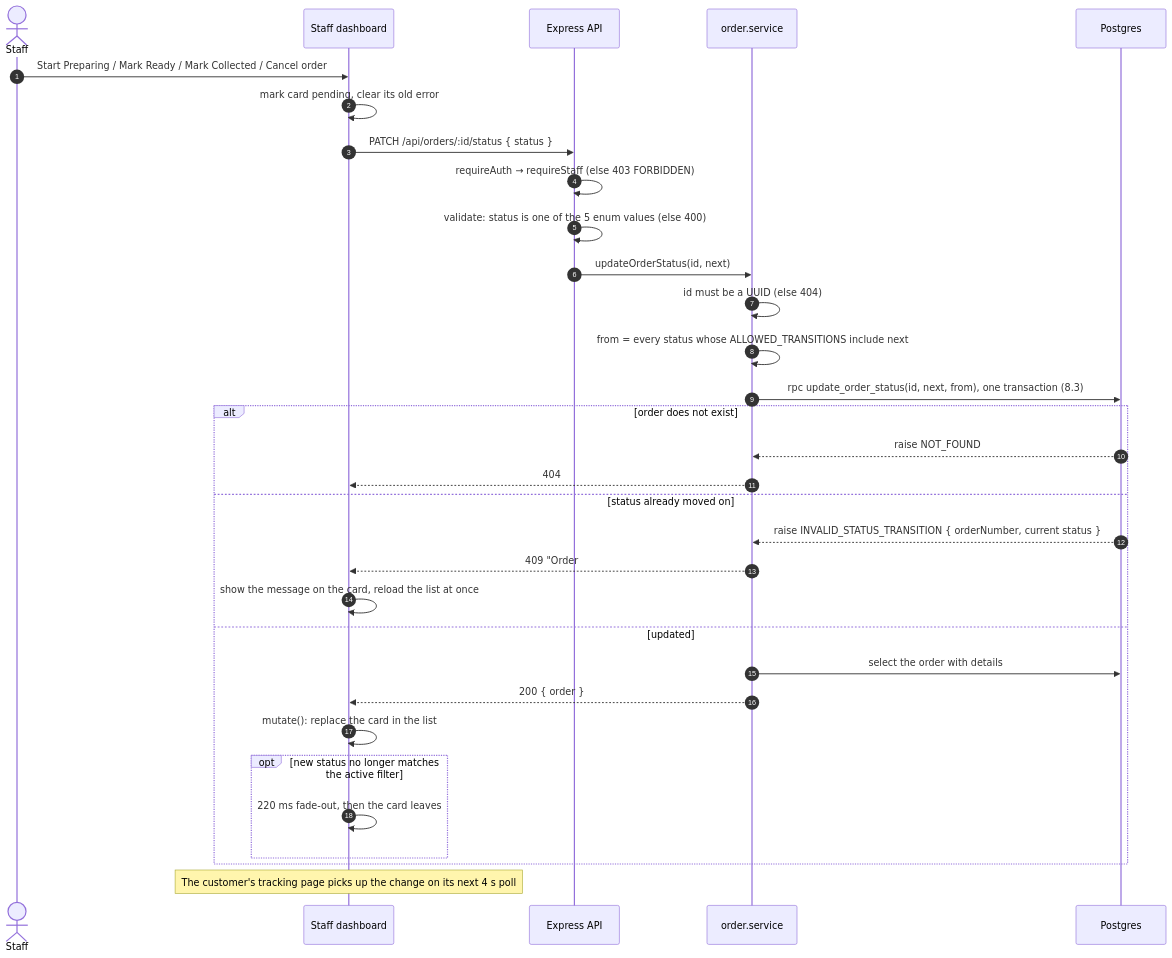
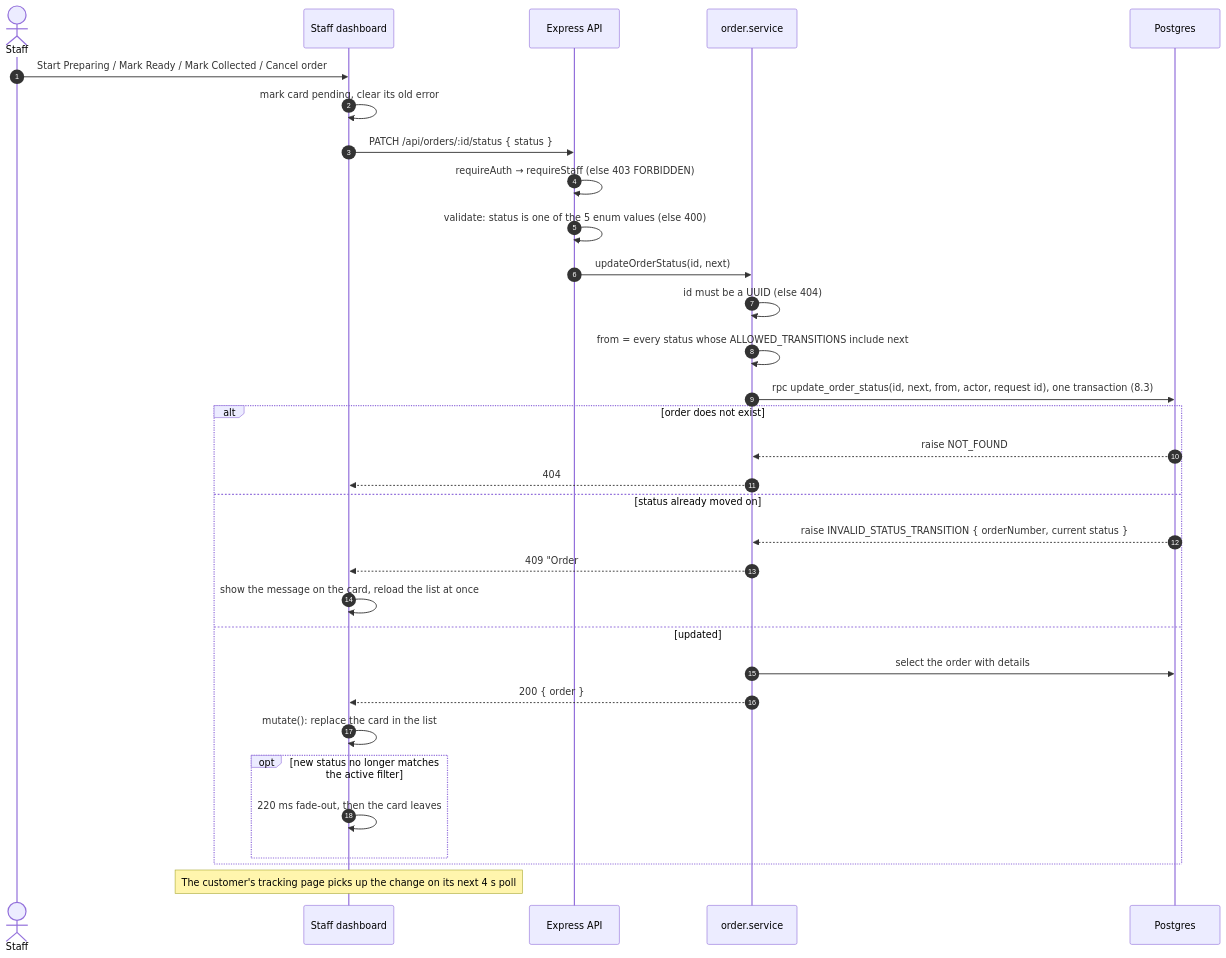
Before and after one commit to The-KhaNha/KhaNha: diagram 21 of 28 in docs/ARCHITECTURE.md, drawn with Mermaid. The commit also changed other lines of this file and 18 other files, not shown here.

````diff
--- a/docs/ARCHITECTURE.md
+++ b/docs/ARCHITECTURE.md
@@ -750,35 +750,35 @@
 ```mermaid
 sequenceDiagram
   autonumber
   actor S as Staff
   participant B as Staff dashboard
   participant API as Express API
   participant Svc as order.service
   participant DB as Postgres
 
   S->>B: Start Preparing / Mark Ready / Mark Collected / Cancel order
   B->>B: mark card pending, clear its old error
   B->>API: PATCH /api/orders/:id/status { status }
   API->>API: requireAuth → requireStaff (else 403 FORBIDDEN)
   API->>API: validate: status is one of the 5 enum values (else 400)
   API->>Svc: updateOrderStatus(id, next)
   Svc->>Svc: id must be a UUID (else 404)
   Svc->>Svc: from = every status whose ALLOWED_TRANSITIONS include next
-  Svc->>DB: rpc update_order_status(id, next, from), one transaction (8.3)
+  Svc->>DB: rpc update_order_status(id, next, from, actor, request id), one transaction (8.3)
   alt order does not exist
     DB-->>Svc: raise NOT_FOUND
     Svc-->>B: 404
   else status already moved on
     DB-->>Svc: raise INVALID_STATUS_TRANSITION { orderNumber, current status }
     Svc-->>B: 409 "Order #1001 cannot move from READY to PREPARING."
     B->>B: show the message on the card, reload the list at once
   else updated
     Svc->>DB: select the order with details
     Svc-->>B: 200 { order }
     B->>B: mutate(): replace the card in the list
     opt new status no longer matches the active filter
       B->>B: 220 ms fade-out, then the card leaves
     end
   end
   Note over B: The customer's tracking page picks up the change on its next 4 s poll
 ```
````
